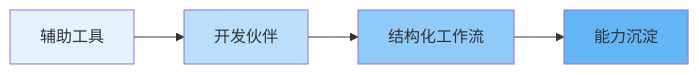
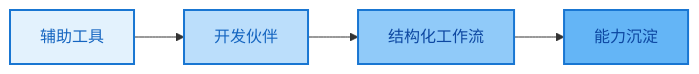
Before and after one commit to eliduty/slide: the diagram in presentations/ai-coding/slides/cover/02-why.md, drawn with Mermaid. The commit also changed other lines of this file and 13 other files, not shown here.

````diff
--- a/presentations/ai-coding/slides/cover/02-why.md
+++ b/presentations/ai-coding/slides/cover/02-why.md
@@ -25,11 +27,11 @@
-```mermaid {scale: 0.8}
+```mermaid
 graph LR
     A[辅助工具] --> B[开发伙伴]
     B --> C[结构化工作流]
     C --> D[能力沉淀]
 
-    style A fill:#e3f2fd
-    style B fill:#bbdefb
-    style C fill:#90caf9
-    style D fill:#64b5f6
+    style A fill:#e3f2fd,stroke:#1976d2,stroke-width:2px,color:#1565c0
+    style B fill:#bbdefb,stroke:#1976d2,stroke-width:2px,color:#1565c0
+    style C fill:#90caf9,stroke:#1976d2,stroke-width:2px,color:#0d47a1
+    style D fill:#64b5f6,stroke:#1976d2,stroke-width:2px,color:#0d47a1
 ```
````
